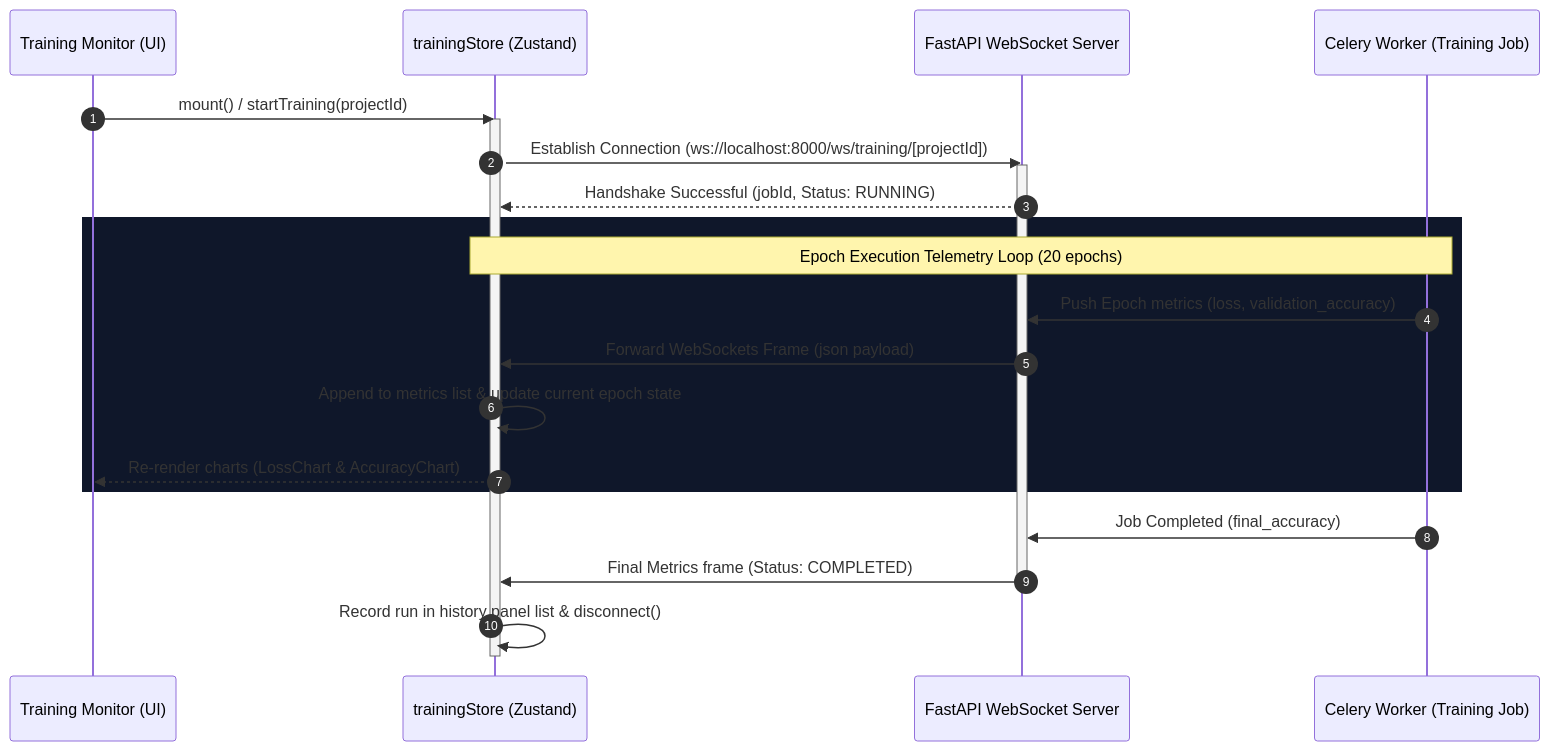
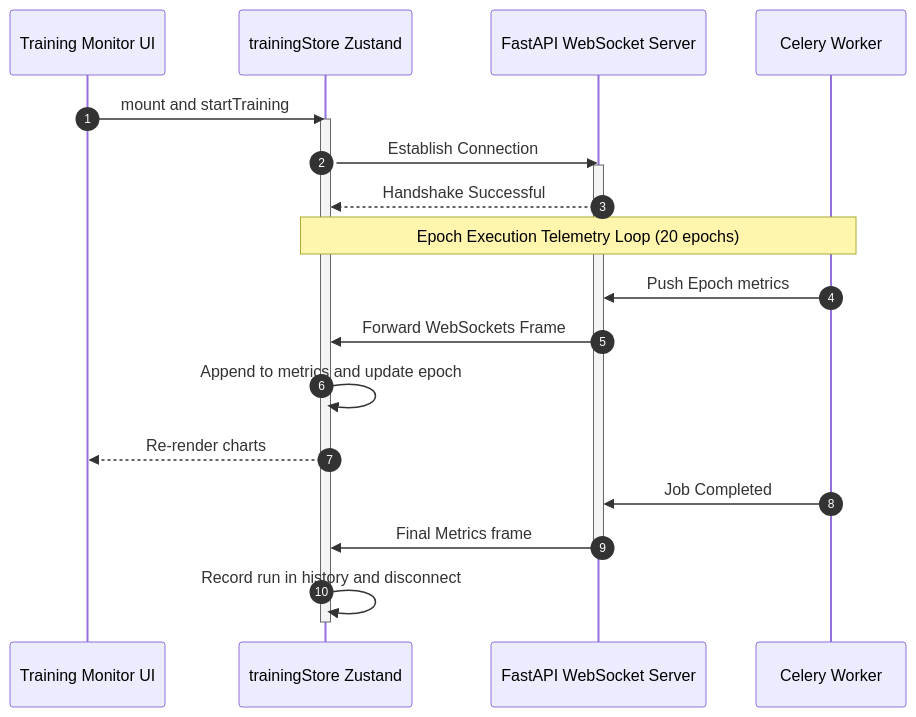
One commit to Rinav01/ArchNet_Frontend- changed the second of 2 diagrams in README.md. Above: the diagram before and after it, drawn with Mermaid. The commit also changed other lines of this file, not shown here.

Commit message:
docs: simplify and clean up architecture and sequence diagrams in README.md

````diff
--- a/README.md
+++ b/README.md
@@ -72,28 +69,26 @@
 ```mermaid
 sequenceDiagram
     autonumber
-    participant Client as Training Monitor (UI)
-    participant Store as trainingStore (Zustand)
+    participant Client as Training Monitor UI
+    participant Store as trainingStore Zustand
     participant WS as FastAPI WebSocket Server
-    participant Celery as Celery Worker (Training Job)
+    participant Celery as Celery Worker
 
-    Client->>Store: mount() / startTraining(projectId)
+    Client->>Store: mount and startTraining
     activate Store
-    Store->>WS: Establish Connection (ws://localhost:8000/ws/training/[projectId])
+    Store->>WS: Establish Connection
     activate WS
-    WS-->>Store: Handshake Successful (jobId, Status: RUNNING)
+    WS-->>Store: Handshake Successful
     
-    rect rgb(15, 23, 42)
-        Note over Store, Celery: Epoch Execution Telemetry Loop (20 epochs)
-        Celery->>WS: Push Epoch metrics (loss, validation_accuracy)
-        WS->>Store: Forward WebSockets Frame (json payload)
-        Store->>Store: Append to metrics list & update current epoch state
-        Store-->>Client: Re-render charts (LossChart & AccuracyChart)
-    end
+    Note over Store, Celery: Epoch Execution Telemetry Loop (20 epochs)
+    Celery->>WS: Push Epoch metrics
+    WS->>Store: Forward WebSockets Frame
+    Store->>Store: Append to metrics and update epoch
+    Store-->>Client: Re-render charts
     
-    Celery->>WS: Job Completed (final_accuracy)
-    WS->>Store: Final Metrics frame (Status: COMPLETED)
+    Celery->>WS: Job Completed
+    WS->>Store: Final Metrics frame
     deactivate WS
-    Store->>Store: Record run in history panel list & disconnect()
+    Store->>Store: Record run in history and disconnect
     deactivate Store
 ```
````
